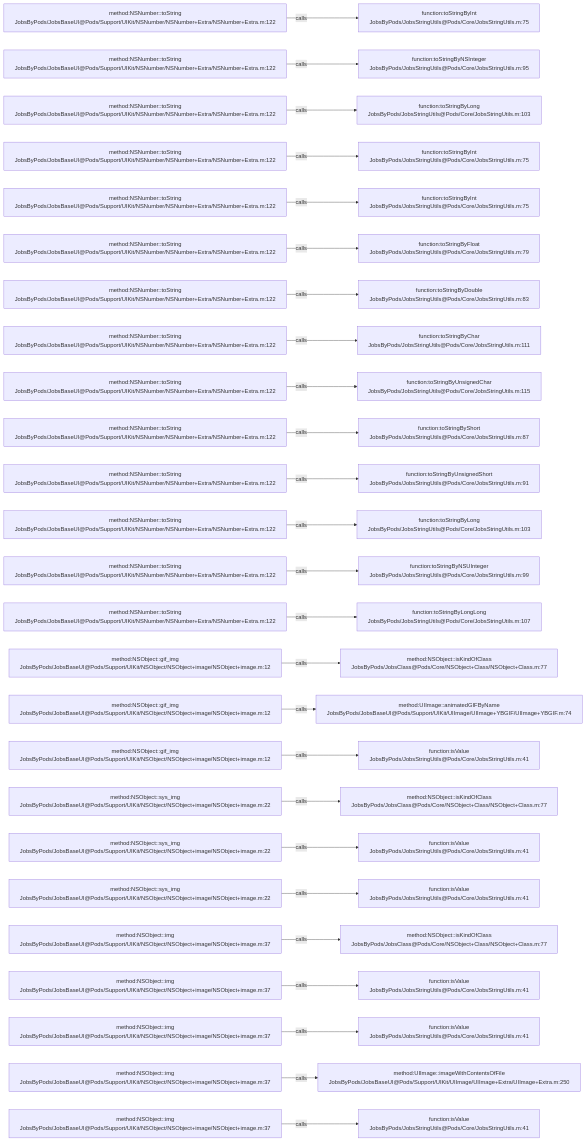
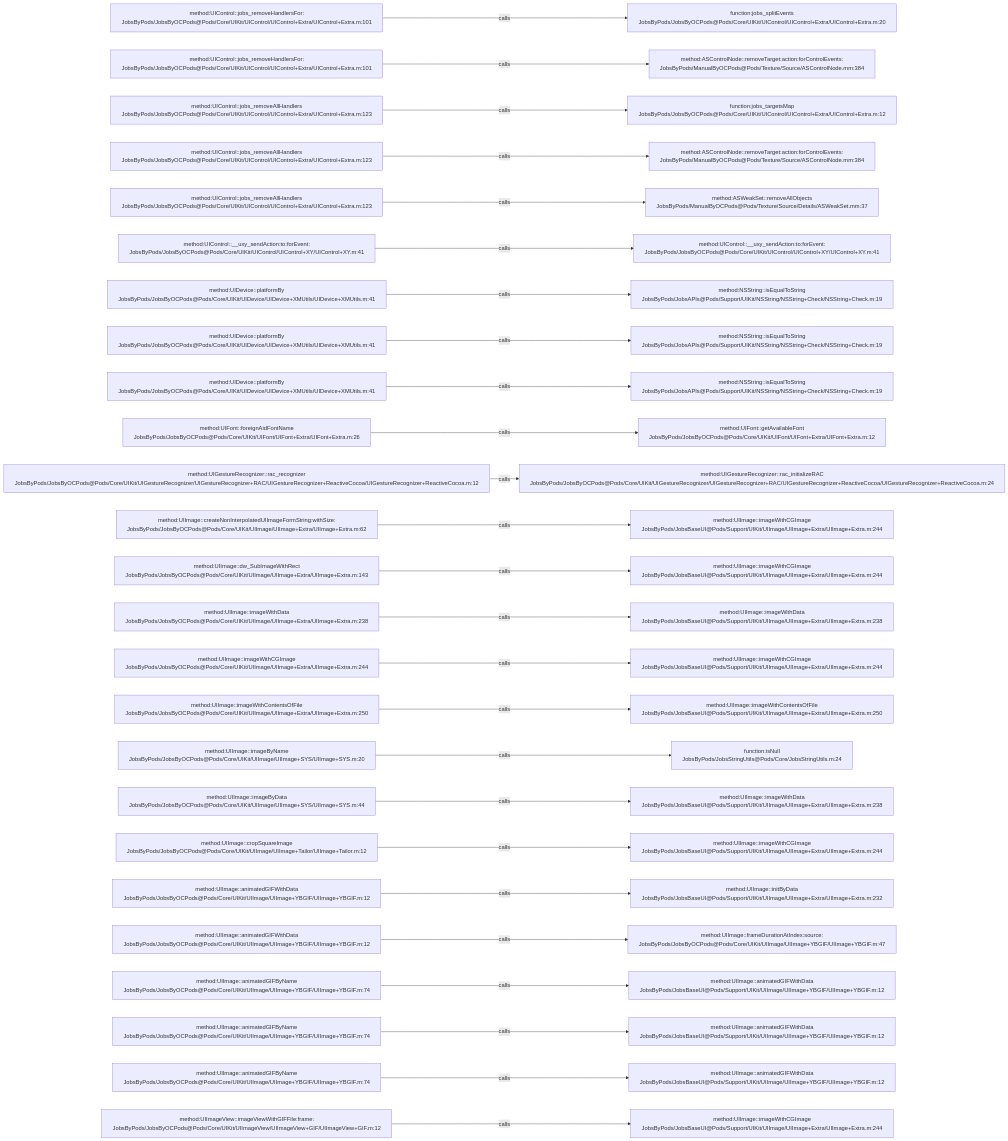
Before and after one commit to JobsKits/JobsOCBaseConfigDemo: the diagram in .codegraph/codegraph.md/graphs/calls-036.md, drawn with Mermaid. The commit also changed 573 other files, not shown here.

````diff
--- a/.codegraph/codegraph.md/graphs/calls-036.md
+++ b/.codegraph/codegraph.md/graphs/calls-036.md
@@ -13,78 +13,78 @@
 ```mermaid
 flowchart LR
-  S1["method:NSNumber::toString<br/>JobsByPods/JobsBaseUI@Pods/Support/UIKit/NSNumber/NSNumber+Extra/NSNumber+Extra.m:122"]
-  T1["function:toStringByInt<br/>JobsByPods/JobsStringUtils@Pods/Core/JobsStringUtils.m:75"]
+  S1["method:UIControl::jobs_removeHandlersFor:<br/>JobsByPods/JobsByOCPods@Pods/Core/UIKit/UIControl/UIControl+Extra/UIControl+Extra.m:101"]
+  T1["function:jobs_splitEvents<br/>JobsByPods/JobsByOCPods@Pods/Core/UIKit/UIControl/UIControl+Extra/UIControl+Extra.m:20"]
   S1 -->|calls| T1
-  S2["method:NSNumber::toString<br/>JobsByPods/JobsBaseUI@Pods/Support/UIKit/NSNumber/NSNumber+Extra/NSNumber+Extra.m:122"]
-  T2["function:toStringByNSInteger<br/>JobsByPods/JobsStringUtils@Pods/Core/JobsStringUtils.m:95"]
+  S2["method:UIControl::jobs_removeHandlersFor:<br/>JobsByPods/JobsByOCPods@Pods/Core/UIKit/UIControl/UIControl+Extra/UIControl+Extra.m:101"]
+  T2["method:ASControlNode::removeTarget:action:forControlEvents:<br/>JobsByPods/ManualByOCPods@Pods/Texture/Source/ASControlNode.mm:384"]
   S2 -->|calls| T2
-  S3["method:NSNumber::toString<br/>JobsByPods/JobsBaseUI@Pods/Support/UIKit/NSNumber/NSNumber+Extra/NSNumber+Extra.m:122"]
-  T3["function:toStringByLong<br/>JobsByPods/JobsStringUtils@Pods/Core/JobsStringUtils.m:103"]
+  S3["method:UIControl::jobs_removeAllHandlers<br/>JobsByPods/JobsByOCPods@Pods/Core/UIKit/UIControl/UIControl+Extra/UIControl+Extra.m:123"]
+  T3["function:jobs_targetsMap<br/>JobsByPods/JobsByOCPods@Pods/Core/UIKit/UIControl/UIControl+Extra/UIControl+Extra.m:12"]
   S3 -->|calls| T3
-  S4["method:NSNumber::toString<br/>JobsByPods/JobsBaseUI@Pods/Support/UIKit/NSNumber/NSNumber+Extra/NSNumber+Extra.m:122"]
-  T4["function:toStringByInt<br/>JobsByPods/JobsStringUtils@Pods/Core/JobsStringUtils.m:75"]
+  S4["method:UIControl::jobs_removeAllHandlers<br/>JobsByPods/JobsByOCPods@Pods/Core/UIKit/UIControl/UIControl+Extra/UIControl+Extra.m:123"]
+  T4["method:ASControlNode::removeTarget:action:forControlEvents:<br/>JobsByPods/ManualByOCPods@Pods/Texture/Source/ASControlNode.mm:384"]
   S4 -->|calls| T4
-  S5["method:NSNumber::toString<br/>JobsByPods/JobsBaseUI@Pods/Support/UIKit/NSNumber/NSNumber+Extra/NSNumber+Extra.m:122"]
-  T5["function:toStringByInt<br/>JobsByPods/JobsStringUtils@Pods/Core/JobsStringUtils.m:75"]
+  S5["method:UIControl::jobs_removeAllHandlers<br/>JobsByPods/JobsByOCPods@Pods/Core/UIKit/UIControl/UIControl+Extra/UIControl+Extra.m:123"]
+  T5["method:ASWeakSet::removeAllObjects<br/>JobsByPods/ManualByOCPods@Pods/Texture/Source/Details/ASWeakSet.mm:37"]
   S5 -->|calls| T5
-  S6["method:NSNumber::toString<br/>JobsByPods/JobsBaseUI@Pods/Support/UIKit/NSNumber/NSNumber+Extra/NSNumber+Extra.m:122"]
-  T6["function:toStringByFloat<br/>JobsByPods/JobsStringUtils@Pods/Core/JobsStringUtils.m:79"]
+  S6["method:UIControl::__uxy_sendAction:to:forEvent:<br/>JobsByPods/JobsByOCPods@Pods/Core/UIKit/UIControl/UIControl+XY/UIControl+XY.m:41"]
+  T6["method:UIControl::__uxy_sendAction:to:forEvent:<br/>JobsByPods/JobsByOCPods@Pods/Core/UIKit/UIControl/UIControl+XY/UIControl+XY.m:41"]
   S6 -->|calls| T6
-  S7["method:NSNumber::toString<br/>JobsByPods/JobsBaseUI@Pods/Support/UIKit/NSNumber/NSNumber+Extra/NSNumber+Extra.m:122"]
-  T7["function:toStringByDouble<br/>JobsByPods/JobsStringUtils@Pods/Core/JobsStringUtils.m:83"]
+  S7["method:UIDevice::platformBy<br/>JobsByPods/JobsByOCPods@Pods/Core/UIKit/UIDevice/UIDevice+XMUtils/UIDevice+XMUtils.m:41"]
+  T7["method:NSString::isEqualToString<br/>JobsByPods/JobsAPIs@Pods/Support/UIKit/NSString/NSString+Check/NSString+Check.m:19"]
   S7 -->|calls| T7
-  S8["method:NSNumber::toString<br/>JobsByPods/JobsBaseUI@Pods/Support/UIKit/NSNumber/NSNumber+Extra/NSNumber+Extra.m:122"]
-  T8["function:toStringByChar<br/>JobsByPods/JobsStringUtils@Pods/Core/JobsStringUtils.m:111"]
+  S8["method:UIDevice::platformBy<br/>JobsByPods/JobsByOCPods@Pods/Core/UIKit/UIDevice/UIDevice+XMUtils/UIDevice+XMUtils.m:41"]
+  T8["method:NSString::isEqualToString<br/>JobsByPods/JobsAPIs@Pods/Support/UIKit/NSString/NSString+Check/NSString+Check.m:19"]
   S8 -->|calls| T8
-  S9["method:NSNumber::toString<br/>JobsByPods/JobsBaseUI@Pods/Support/UIKit/NSNumber/NSNumber+Extra/NSNumber+Extra.m:122"]
-  T9["function:toStringByUnsignedChar<br/>JobsByPods/JobsStringUtils@Pods/Core/JobsStringUtils.m:115"]
+  S9["method:UIDevice::platformBy<br/>JobsByPods/JobsByOCPods@Pods/Core/UIKit/UIDevice/UIDevice+XMUtils/UIDevice+XMUtils.m:41"]
+  T9["method:NSString::isEqualToString<br/>JobsByPods/JobsAPIs@Pods/Support/UIKit/NSString/NSString+Check/NSString+Check.m:19"]
   S9 -->|calls| T9
-  S10["method:NSNumber::toString<br/>JobsByPods/JobsBaseUI@Pods/Support/UIKit/NSNumber/NSNumber+Extra/NSNumber+Extra.m:122"]
-  T10["function:toStringByShort<br/>JobsByPods/JobsStringUtils@Pods/Core/JobsStringUtils.m:87"]
+  S10["method:UIFont::foreignAidFontName<br/>JobsByPods/JobsByOCPods@Pods/Core/UIKit/UIFont/UIFont+Extra/UIFont+Extra.m:26"]
+  T10["method:UIFont::getAvailableFont<br/>JobsByPods/JobsByOCPods@Pods/Core/UIKit/UIFont/UIFont+Extra/UIFont+Extra.m:12"]
   S10 -->|calls| T10
-  S11["method:NSNumber::toString<br/>JobsByPods/JobsBaseUI@Pods/Support/UIKit/NSNumber/NSNumber+Extra/NSNumber+Extra.m:122"]
-  T11["function:toStringByUnsignedShort<br/>JobsByPods/JobsStringUtils@Pods/Core/JobsStringUtils.m:91"]
+  S11["method:UIGestureRecognizer::rac_recognizer<br/>JobsByPods/JobsByOCPods@Pods/Core/UIKit/UIGestureRecognizer/UIGestureRecognizer+RAC/UIGestureRecognizer+ReactiveCocoa/UIGestureRecognizer+ReactiveCocoa.m:12"]
+  T11["method:UIGestureRecognizer::rac_initializeRAC<br/>JobsByPods/JobsByOCPods@Pods/Core/UIKit/UIGestureRecognizer/UIGestureRecognizer+RAC/UIGestureRecognizer+ReactiveCocoa/UIGestureRecognizer+ReactiveCocoa.m:24"]
   S11 -->|calls| T11
-  S12["method:NSNumber::toString<br/>JobsByPods/JobsBaseUI@Pods/Support/UIKit/NSNumber/NSNumber+Extra/NSNumber+Extra.m:122"]
-  T12["function:toStringByLong<br/>JobsByPods/JobsStringUtils@Pods/Core/JobsStringUtils.m:103"]
+  S12["method:UIImage::createNonInterpolatedUIImageFormString:withSize:<br/>JobsByPods/JobsByOCPods@Pods/Core/UIKit/UIImage/UIImage+Extra/UIImage+Extra.m:62"]
+  T12["method:UIImage::imageWithCGImage<br/>JobsByPods/JobsBaseUI@Pods/Support/UIKit/UIImage/UIImage+Extra/UIImage+Extra.m:244"]
   S12 -->|calls| T12
-  S13["method:NSNumber::toString<br/>JobsByPods/JobsBaseUI@Pods/Support/UIKit/NSNumber/NSNumber+Extra/NSNumber+Extra.m:122"]
-  T13["function:toStringByNSUInteger<br/>JobsByPods/JobsStringUtils@Pods/Core/JobsStringUtils.m:99"]
+  S13["method:UIImage::dw_SubImageWithRect<br/>JobsByPods/JobsByOCPods@Pods/Core/UIKit/UIImage/UIImage+Extra/UIImage+Extra.m:143"]
+  T13["method:UIImage::imageWithCGImage<br/>JobsByPods/JobsBaseUI@Pods/Support/UIKit/UIImage/UIImage+Extra/UIImage+Extra.m:244"]
   S13 -->|calls| T13
-  S14["method:NSNumber::toString<br/>JobsByPods/JobsBaseUI@Pods/Support/UIKit/NSNumber/NSNumber+Extra/NSNumber+Extra.m:122"]
-  T14["function:toStringByLongLong<br/>JobsByPods/JobsStringUtils@Pods/Core/JobsStringUtils.m:107"]
+  S14["method:UIImage::imageWithData<br/>JobsByPods/JobsByOCPods@Pods/Core/UIKit/UIImage/UIImage+Extra/UIImage+Extra.m:238"]
+  T14["method:UIImage::imageWithData<br/>JobsByPods/JobsBaseUI@Pods/Support/UIKit/UIImage/UIImage+Extra/UIImage+Extra.m:238"]
   S14 -->|calls| T14
-  S15["method:NSObject::gif_img<br/>JobsByPods/JobsBaseUI@Pods/Support/UIKit/NSObject/NSObject+image/NSObject+image.m:12"]
-  T15["method:NSObject::isKindOfClass<br/>JobsByPods/JobsClass@Pods/Core/NSObject+Class/NSObject+Class.m:77"]
+  S15["method:UIImage::imageWithCGImage<br/>JobsByPods/JobsByOCPods@Pods/Core/UIKit/UIImage/UIImage+Extra/UIImage+Extra.m:244"]
+  T15["method:UIImage::imageWithCGImage<br/>JobsByPods/JobsBaseUI@Pods/Support/UIKit/UIImage/UIImage+Extra/UIImage+Extra.m:244"]
   S15 -->|calls| T15
-  S16["method:NSObject::gif_img<br/>JobsByPods/JobsBaseUI@Pods/Support/UIKit/NSObject/NSObject+image/NSObject+image.m:12"]
-  T16["method:UIImage::animatedGIFByName<br/>JobsByPods/JobsBaseUI@Pods/Support/UIKit/UIImage/UIImage+YBGIF/UIImage+YBGIF.m:74"]
+  S16["method:UIImage::imageWithContentsOfFile<br/>JobsByPods/JobsByOCPods@Pods/Core/UIKit/UIImage/UIImage+Extra/UIImage+Extra.m:250"]
+  T16["method:UIImage::imageWithContentsOfFile<br/>JobsByPods/JobsBaseUI@Pods/Support/UIKit/UIImage/UIImage+Extra/UIImage+Extra.m:250"]
   S16 -->|calls| T16
-  S17["method:NSObject::gif_img<br/>JobsByPods/JobsBaseUI@Pods/Support/UIKit/NSObject/NSObject+image/NSObject+image.m:12"]
-  T17["function:isValue<br/>JobsByPods/JobsStringUtils@Pods/Core/JobsStringUtils.m:41"]
+  S17["method:UIImage::imageByName<br/>JobsByPods/JobsByOCPods@Pods/Core/UIKit/UIImage/UIImage+SYS/UIImage+SYS.m:20"]
+  T17["function:isNull<br/>JobsByPods/JobsStringUtils@Pods/Core/JobsStringUtils.m:24"]
   S17 -->|calls| T17
-  S18["method:NSObject::sys_img<br/>JobsByPods/JobsBaseUI@Pods/Support/UIKit/NSObject/NSObject+image/NSObject+image.m:22"]
-  T18["method:NSObject::isKindOfClass<br/>JobsByPods/JobsClass@Pods/Core/NSObject+Class/NSObject+Class.m:77"]
+  S18["method:UIImage::imageByData<br/>JobsByPods/JobsByOCPods@Pods/Core/UIKit/UIImage/UIImage+SYS/UIImage+SYS.m:44"]
+  T18["method:UIImage::imageWithData<br/>JobsByPods/JobsBaseUI@Pods/Support/UIKit/UIImage/UIImage+Extra/UIImage+Extra.m:238"]
   S18 -->|calls| T18
-  S19["method:NSObject::sys_img<br/>JobsByPods/JobsBaseUI@Pods/Support/UIKit/NSObject/NSObject+image/NSObject+image.m:22"]
-  T19["function:isValue<br/>JobsByPods/JobsStringUtils@Pods/Core/JobsStringUtils.m:41"]
+  S19["method:UIImage::cropSquareImage<br/>JobsByPods/JobsByOCPods@Pods/Core/UIKit/UIImage/UIImage+Tailor/UIImage+Tailor.m:12"]
+  T19["method:UIImage::imageWithCGImage<br/>JobsByPods/JobsBaseUI@Pods/Support/UIKit/UIImage/UIImage+Extra/UIImage+Extra.m:244"]
   S19 -->|calls| T19
-  S20["method:NSObject::sys_img<br/>JobsByPods/JobsBaseUI@Pods/Support/UIKit/NSObject/NSObject+image/NSObject+image.m:22"]
-  T20["function:isValue<br/>JobsByPods/JobsStringUtils@Pods/Core/JobsStringUtils.m:41"]
+  S20["method:UIImage::animatedGIFWithData<br/>JobsByPods/JobsByOCPods@Pods/Core/UIKit/UIImage/UIImage+YBGIF/UIImage+YBGIF.m:12"]
+  T20["method:UIImage::initByData<br/>JobsByPods/JobsBaseUI@Pods/Support/UIKit/UIImage/UIImage+Extra/UIImage+Extra.m:232"]
   S20 -->|calls| T20
-  S21["method:NSObject::img<br/>JobsByPods/JobsBaseUI@Pods/Support/UIKit/NSObject/NSObject+image/NSObject+image.m:37"]
-  T21["method:NSObject::isKindOfClass<br/>JobsByPods/JobsClass@Pods/Core/NSObject+Class/NSObject+Class.m:77"]
+  S21["method:UIImage::animatedGIFWithData<br/>JobsByPods/JobsByOCPods@Pods/Core/UIKit/UIImage/UIImage+YBGIF/UIImage+YBGIF.m:12"]
+  T21["method:UIImage::frameDurationAtIndex:source:<br/>JobsByPods/JobsByOCPods@Pods/Core/UIKit/UIImage/UIImage+YBGIF/UIImage+YBGIF.m:47"]
   S21 -->|calls| T21
-  S22["method:NSObject::img<br/>JobsByPods/JobsBaseUI@Pods/Support/UIKit/NSObject/NSObject+image/NSObject+image.m:37"]
-  T22["function:isValue<br/>JobsByPods/JobsStringUtils@Pods/Core/JobsStringUtils.m:41"]
+  S22["method:UIImage::animatedGIFByName<br/>JobsByPods/JobsByOCPods@Pods/Core/UIKit/UIImage/UIImage+YBGIF/UIImage+YBGIF.m:74"]
+  T22["method:UIImage::animatedGIFWithData<br/>JobsByPods/JobsBaseUI@Pods/Support/UIKit/UIImage/UIImage+YBGIF/UIImage+YBGIF.m:12"]
   S22 -->|calls| T22
-  S23["method:NSObject::img<br/>JobsByPods/JobsBaseUI@Pods/Support/UIKit/NSObject/NSObject+image/NSObject+image.m:37"]
-  T23["function:isValue<br/>JobsByPods/JobsStringUtils@Pods/Core/JobsStringUtils.m:41"]
+  S23["method:UIImage::animatedGIFByName<br/>JobsByPods/JobsByOCPods@Pods/Core/UIKit/UIImage/UIImage+YBGIF/UIImage+YBGIF.m:74"]
+  T23["method:UIImage::animatedGIFWithData<br/>JobsByPods/JobsBaseUI@Pods/Support/UIKit/UIImage/UIImage+YBGIF/UIImage+YBGIF.m:12"]
   S23 -->|calls| T23
-  S24["method:NSObject::img<br/>JobsByPods/JobsBaseUI@Pods/Support/UIKit/NSObject/NSObject+image/NSObject+image.m:37"]
-  T24["method:UIImage::imageWithContentsOfFile<br/>JobsByPods/JobsBaseUI@Pods/Support/UIKit/UIImage/UIImage+Extra/UIImage+Extra.m:250"]
+  S24["method:UIImage::animatedGIFByName<br/>JobsByPods/JobsByOCPods@Pods/Core/UIKit/UIImage/UIImage+YBGIF/UIImage+YBGIF.m:74"]
+  T24["method:UIImage::animatedGIFWithData<br/>JobsByPods/JobsBaseUI@Pods/Support/UIKit/UIImage/UIImage+YBGIF/UIImage+YBGIF.m:12"]
   S24 -->|calls| T24
-  S25["method:NSObject::img<br/>JobsByPods/JobsBaseUI@Pods/Support/UIKit/NSObject/NSObject+image/NSObject+image.m:37"]
-  T25["function:isValue<br/>JobsByPods/JobsStringUtils@Pods/Core/JobsStringUtils.m:41"]
+  S25["method:UIImageView::imageViewWithGIFFile:frame:<br/>JobsByPods/JobsByOCPods@Pods/Core/UIKit/UIImageView/UIImageView+GIF/UIImageView+GIF.m:12"]
+  T25["method:UIImage::imageWithCGImage<br/>JobsByPods/JobsBaseUI@Pods/Support/UIKit/UIImage/UIImage+Extra/UIImage+Extra.m:244"]
   S25 -->|calls| T25
 ```
````
